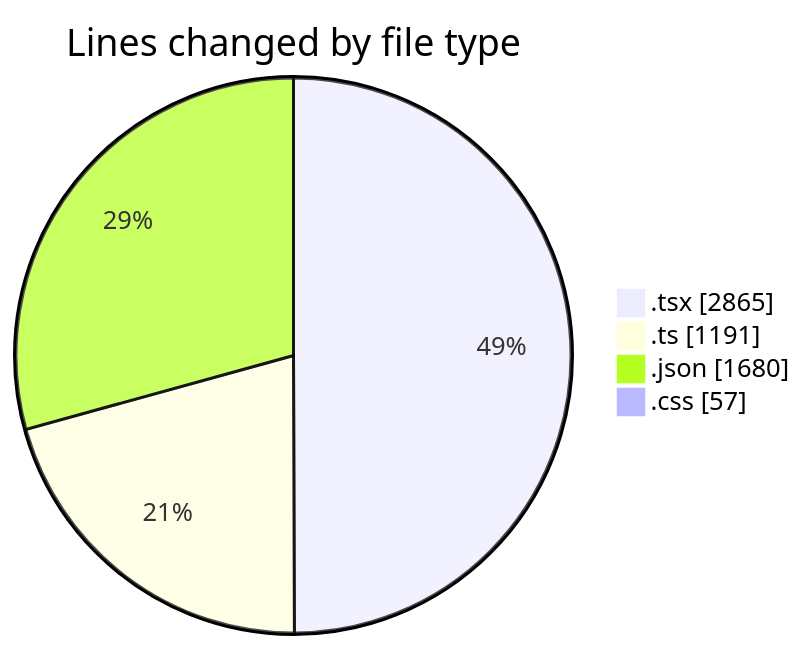
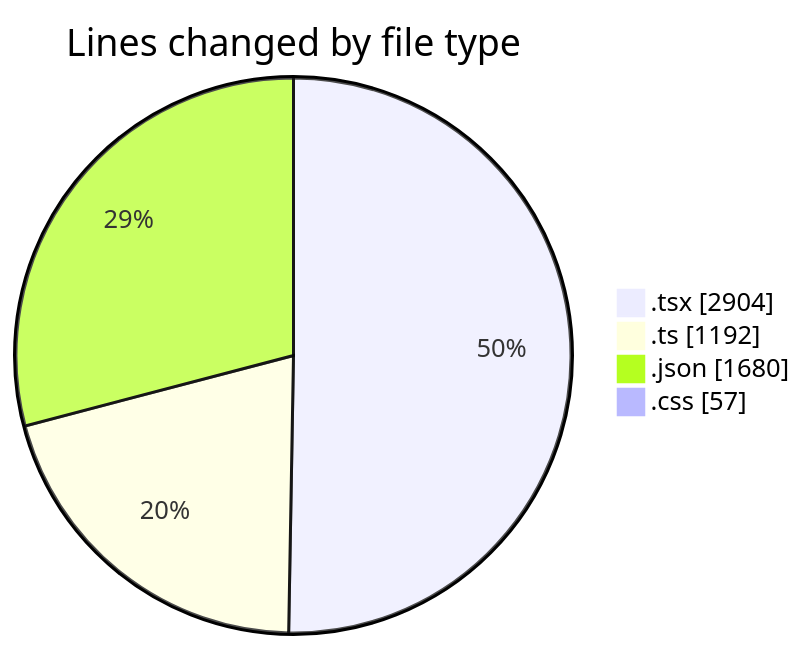
The first of 2 diagrams in 2025-10-09/eventscop-frontend-guide__workspace_/README.md (julien-gomy/code-tracking), drawn with Mermaid before and after one commit. The commit also changed other lines of this file and 1 other file, not shown here.

````diff
--- a/2025-10-09/eventscop-frontend-guide__workspace_/README.md
+++ b/2025-10-09/eventscop-frontend-guide__workspace_/README.md
@@ -51,8 +51,8 @@
 ```mermaid
 pie showData
 title Lines changed by file type
-".tsx" : 2865
-".ts" : 1191
+".tsx" : 2904
+".ts" : 1192
 ".json" : 1680
 ".css" : 57
 ```
````
